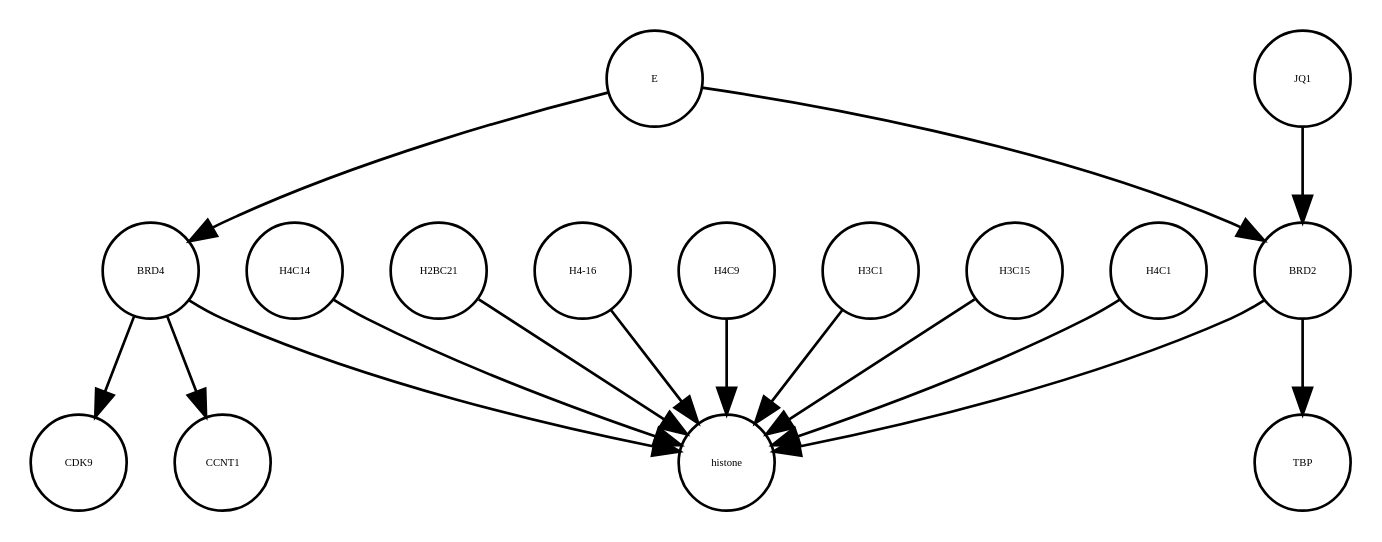
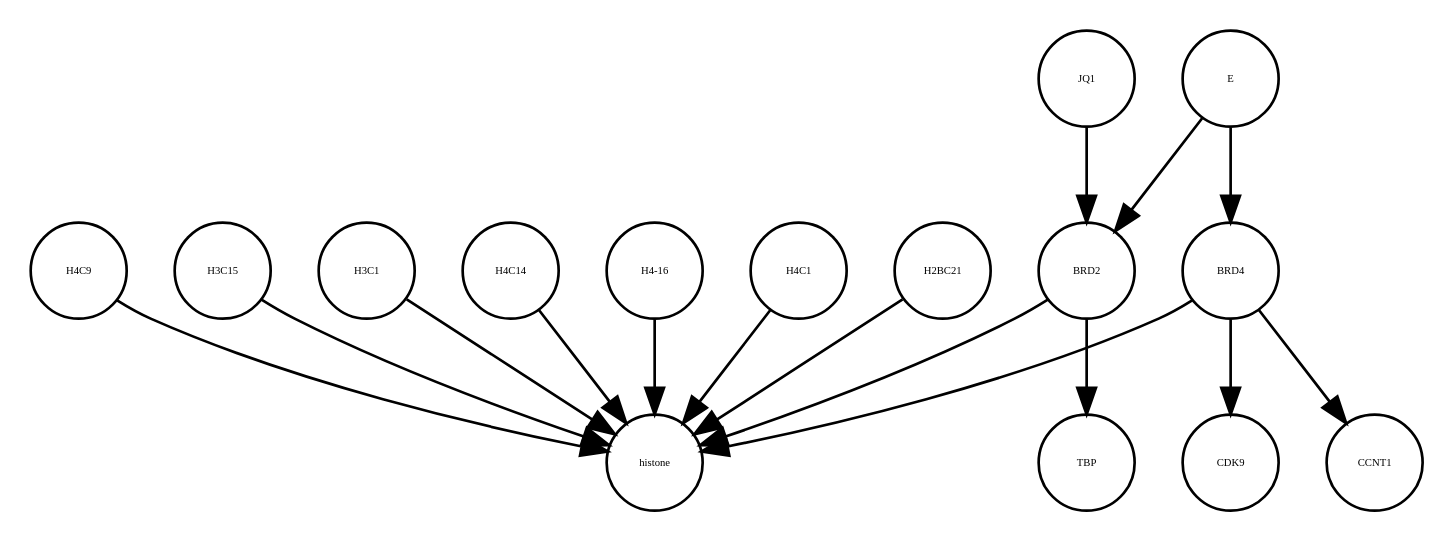
One commit to cannin/covid19-sbgn changed the diagram in E_SARS_CoV_2_21_05_2020.xml_projected.dot. Above: the diagram before and after it, drawn with Graphviz. The commit also changed other lines of this file and 572 other files, not shown here.

```diff
--- a/E_SARS_CoV_2_21_05_2020.xml_projected.dot
+++ b/E_SARS_CoV_2_21_05_2020.xml_projected.dot
@@ -1,32 +1,32 @@
 strict digraph  {
+H3C15 [annotation="", bipartite=0, cls=macromolecule, fontsize=4, label=H3C15, shape=circle];
+TBP [annotation="", bipartite=0, cls=macromolecule, fontsize=4, label=TBP, shape=circle];
+histone [annotation="", bipartite=0, cls=complex, fontsize=4, label=histone, shape=circle];
+H3C1 [annotation="", bipartite=0, cls=macromolecule, fontsize=4, label=H3C1, shape=circle];
 H4C14 [annotation="", bipartite=0, cls=macromolecule, fontsize=4, label=H4C14, shape=circle];
 CDK9 [annotation="", bipartite=0, cls=macromolecule, fontsize=4, label=CDK9, shape=circle];
+"H4-16" [annotation="", bipartite=0, cls=macromolecule, fontsize=4, label="H4-16", shape=circle];
+H4C1 [annotation="", bipartite=0, cls=macromolecule, fontsize=4, label=H4C1, shape=circle];
+H2BC21 [annotation="", bipartite=0, cls=macromolecule, fontsize=4, label=H2BC21, shape=circle];
+BRD2 [annotation="", bipartite=0, cls=macromolecule, fontsize=4, label=BRD2, shape=circle];
+CCNT1 [annotation="", bipartite=0, cls=macromolecule, fontsize=4, label=CCNT1, shape=circle];
+H4C9 [annotation="", bipartite=0, cls=macromolecule, fontsize=4, label=H4C9, shape=circle];
 E [annotation=urn_miriam_ncbiprotein_BCD58755, bipartite=0, cls=macromolecule, fontsize=4, label=E, shape=circle];
-histone [annotation="", bipartite=0, cls=complex, fontsize=4, label=histone, shape=circle];
 BRD4 [annotation="", bipartite=0, cls=macromolecule, fontsize=4, label=BRD4, shape=circle];
 JQ1 [annotation="", bipartite=0, cls=macromolecule, fontsize=4, label=JQ1, shape=circle];
-TBP [annotation="", bipartite=0, cls=macromolecule, fontsize=4, label=TBP, shape=circle];
-BRD2 [annotation="", bipartite=0, cls=macromolecule, fontsize=4, label=BRD2, shape=circle];
-H2BC21 [annotation="", bipartite=0, cls=macromolecule, fontsize=4, label=H2BC21, shape=circle];
-"H4-16" [annotation="", bipartite=0, cls=macromolecule, fontsize=4, label="H4-16", shape=circle];
-CCNT1 [annotation="", bipartite=0, cls=macromolecule, fontsize=4, label=CCNT1, shape=circle];
-H4C9 [annotation="", bipartite=0, cls=macromolecule, fontsize=4, label=H4C9, shape=circle];
-H3C1 [annotation="", bipartite=0, cls=macromolecule, fontsize=4, label=H3C1, shape=circle];
-H3C15 [annotation="", bipartite=0, cls=macromolecule, fontsize=4, label=H3C15, shape=circle];
-H4C1 [annotation="", bipartite=0, cls=macromolecule, fontsize=4, label=H4C1, shape=circle];
+H3C15 -> histone  [annotation="", interaction_type=production];
+H3C1 -> histone  [annotation="", interaction_type=production];
 H4C14 -> histone  [annotation="", interaction_type=production];
+"H4-16" -> histone  [annotation="", interaction_type=production];
+H4C1 -> histone  [annotation="", interaction_type=production];
+H2BC21 -> histone  [annotation="", interaction_type=production];
+BRD2 -> TBP  [annotation="urn_miriam_doi_10.1007%2Fs11010-006-9223-6", interaction_type=catalysis];
+BRD2 -> histone  [annotation="urn_miriam_doi_10.1038%2Fnsmb.3228.|urn_miriam_doi_10.1016%2Fj.molcel.2008.01.018", interaction_type=catalysis];
+H4C9 -> histone  [annotation="", interaction_type=production];
 E -> BRD2  [annotation="urn_miriam_doi_10.1038%2Fs41586-020-2286-9|urn_miriam_doi_10.1080%2F15592294.2018.1469891", interaction_type=inhibition];
 E -> BRD4  [annotation="urn_miriam_doi_10.1038%2Fs41586-020-2286-9", interaction_type=inhibition];
-BRD4 -> histone  [annotation="urn_miriam_doi_10.1038%2Fnsmb.3228.|urn_miriam_doi_10.1016%2Fj.molcel.2008.01.018", interaction_type=catalysis];
 BRD4 -> CDK9  [annotation=urn_miriam_taxonomy_10090, interaction_type=catalysis];
 BRD4 -> CCNT1  [annotation="", interaction_type=catalysis];
+BRD4 -> histone  [annotation="urn_miriam_doi_10.1038%2Fnsmb.3228.|urn_miriam_doi_10.1016%2Fj.molcel.2008.01.018", interaction_type=catalysis];
 JQ1 -> BRD2  [annotation="urn_miriam_doi_10.1038%2Fs41586-020-2286-9|urn_miriam_doi_10.1080%2F15592294.2018.1469891", interaction_type=inhibition];
-BRD2 -> TBP  [annotation="urn_miriam_doi_10.1007%2Fs11010-006-9223-6", interaction_type=catalysis];
-BRD2 -> histone  [annotation="urn_miriam_doi_10.1038%2Fnsmb.3228.|urn_miriam_doi_10.1016%2Fj.molcel.2008.01.018", interaction_type=catalysis];
-H2BC21 -> histone  [annotation="", interaction_type=production];
-"H4-16" -> histone  [annotation="", interaction_type=production];
-H4C9 -> histone  [annotation="", interaction_type=production];
-H3C1 -> histone  [annotation="", interaction_type=production];
-H3C15 -> histone  [annotation="", interaction_type=production];
-H4C1 -> histone  [annotation="", interaction_type=production];
 }
```
